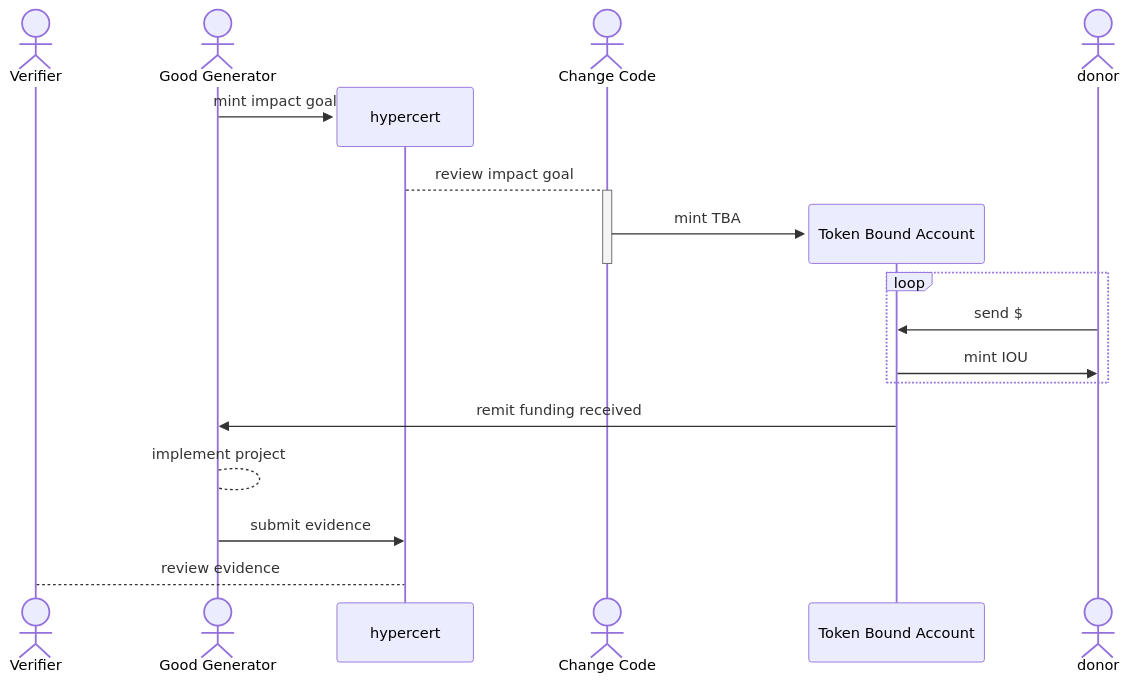
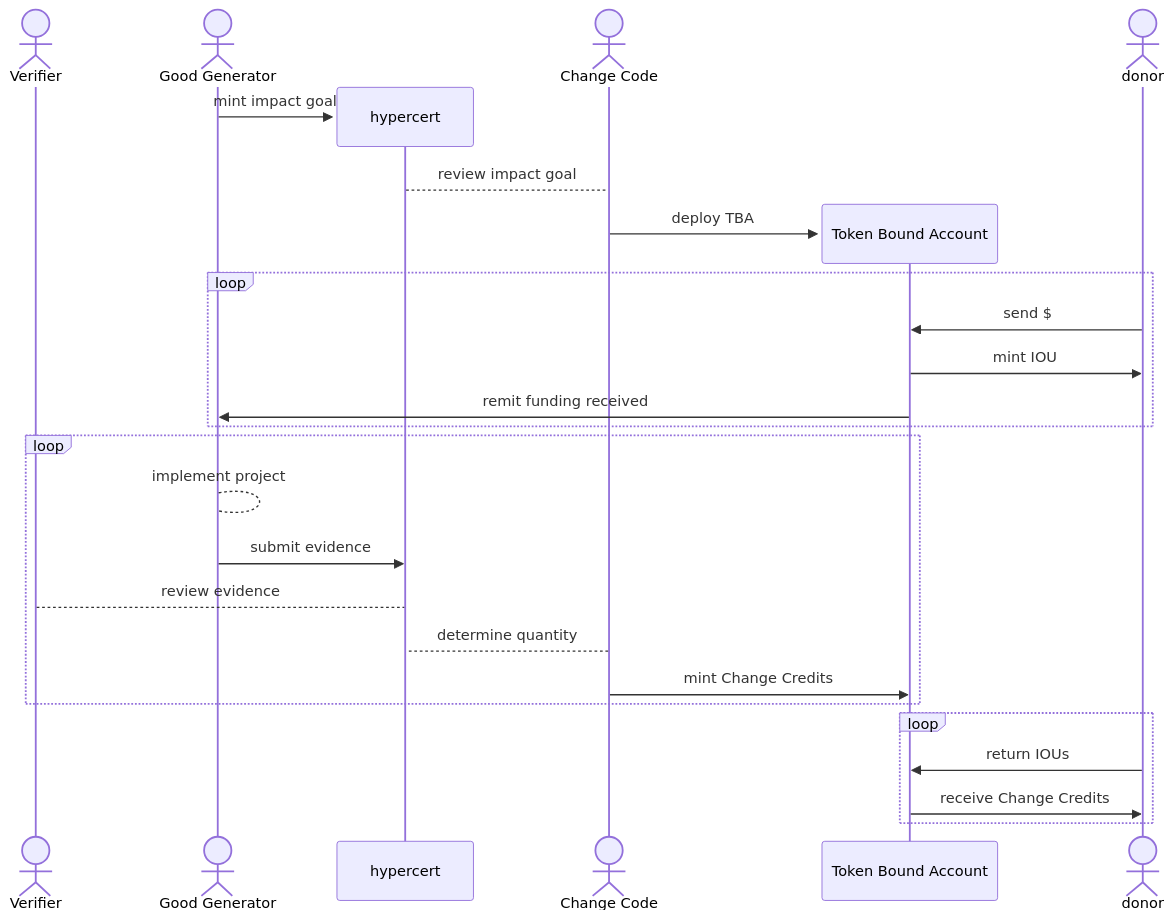
Before and after one commit to change-code-io/docs: the diagram in change-credits-minting.md, drawn with Mermaid.

Commit message:
complete base case sequence diagram for change credit minting

````diff
--- a/change-credits-minting.md
+++ b/change-credits-minting.md
@@ -1,21 +1,28 @@
 ```mermaid
 sequenceDiagram
     actor Verifier
     actor Good Generator
     create participant hypercert
     Good Generator->>hypercert: mint impact goal
     actor Change Code
-    hypercert-->+Change Code: review impact goal
+    hypercert-->Change Code: review impact goal
     create participant Token Bound Account
-    Change Code->>-Token Bound Account: mint TBA
+    Change Code->>Token Bound Account: deploy TBA
     actor donor
     loop
         donor->>Token Bound Account: send $
         Token Bound Account->>donor: mint IOU
+            Token Bound Account->>Good Generator: remit funding received
     end
-    Token Bound Account->>Good Generator: remit funding received
-    Good Generator-->Good Generator: implement project
-    Good Generator->>hypercert: submit evidence
-    Verifier-->hypercert: review evidence
-    
+    loop
+        Good Generator-->Good Generator: implement project
+        Good Generator->>hypercert: submit evidence
+        Verifier-->hypercert: review evidence
+        Change Code-->hypercert: determine quantity
+        Change Code->>Token Bound Account: mint Change Credits
+    end
+    Loop
+        donor->>Token Bound Account: return IOUs
+        Token Bound Account->>donor: receive Change Credits
+    end
 ```
````
